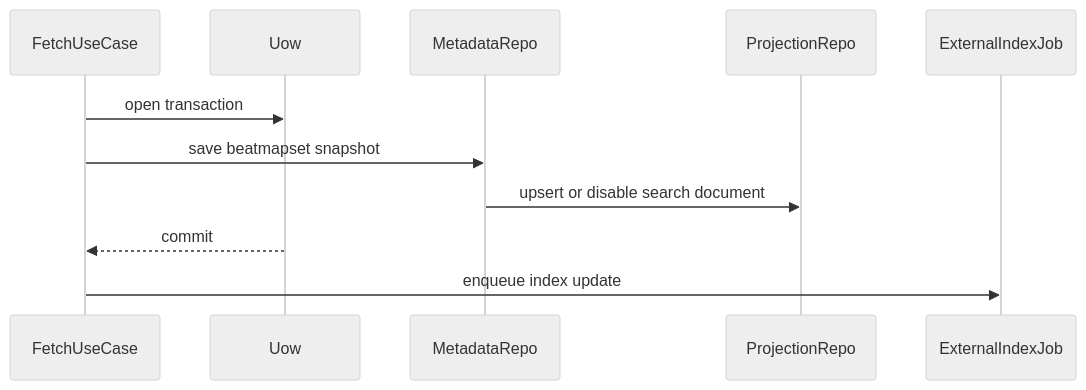
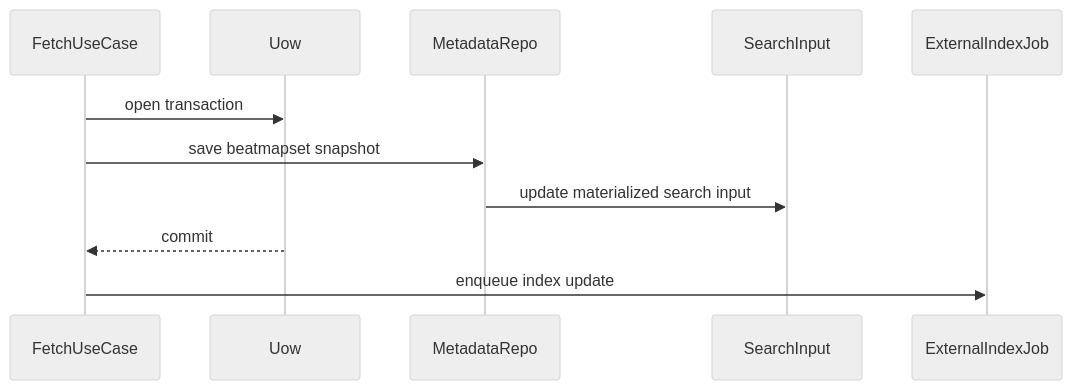
The fourth of 7 diagrams in .kiro/specs/osu-direct/design.md (Reticulmz/athena), drawn with Mermaid (neutral theme) before and after one commit. The commit also changed other lines of this file and 3 other files, not shown here.

````diff
--- a/.kiro/specs/osu-direct/design.md
+++ b/.kiro/specs/osu-direct/design.md
@@ -318,14 +329,14 @@
 ```mermaid
 sequenceDiagram
     participant FetchUseCase
     participant Uow
     participant MetadataRepo
-    participant ProjectionRepo
+    participant SearchInput
     participant ExternalIndexJob
 
     FetchUseCase->>Uow: open transaction
     FetchUseCase->>MetadataRepo: save beatmapset snapshot
-    MetadataRepo->>ProjectionRepo: upsert or disable search document
+    MetadataRepo->>SearchInput: update materialized search input
     Uow-->>FetchUseCase: commit
     FetchUseCase->>ExternalIndexJob: enqueue index update
 ```
````
